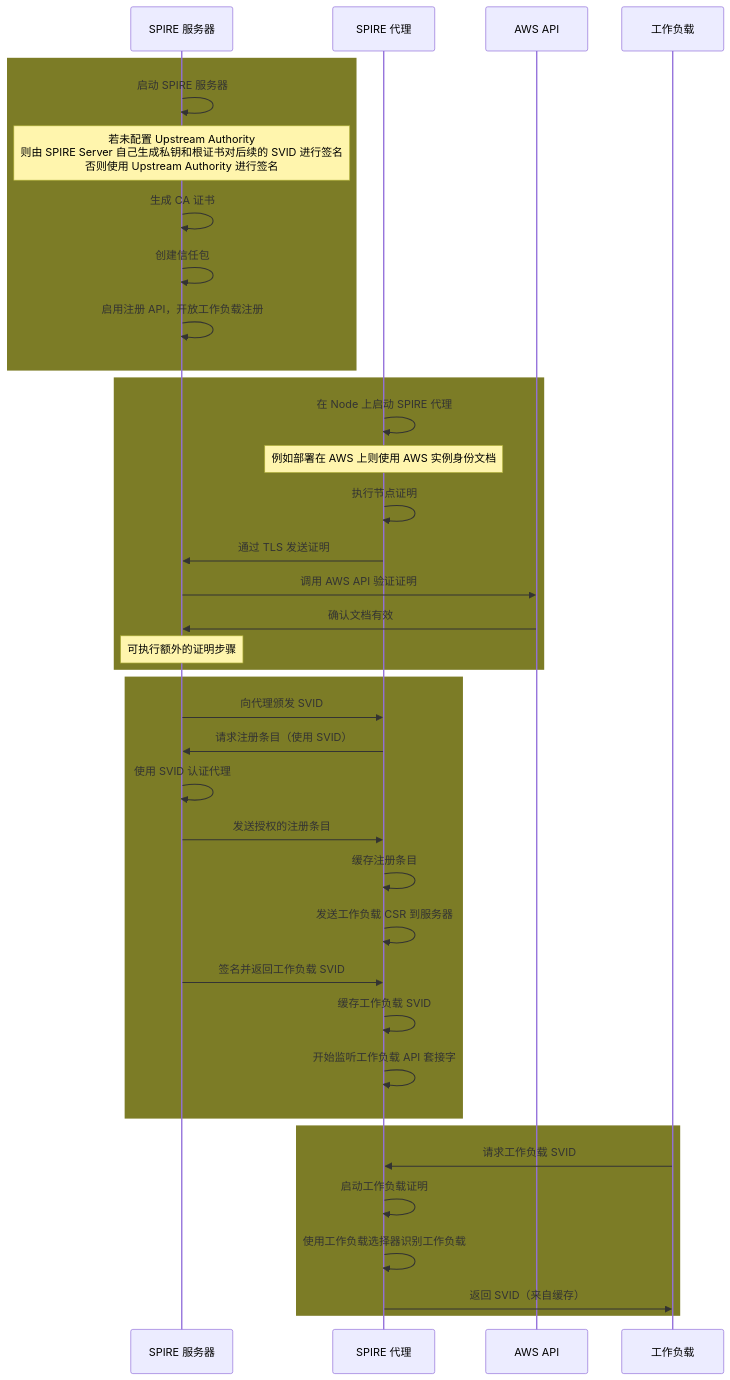
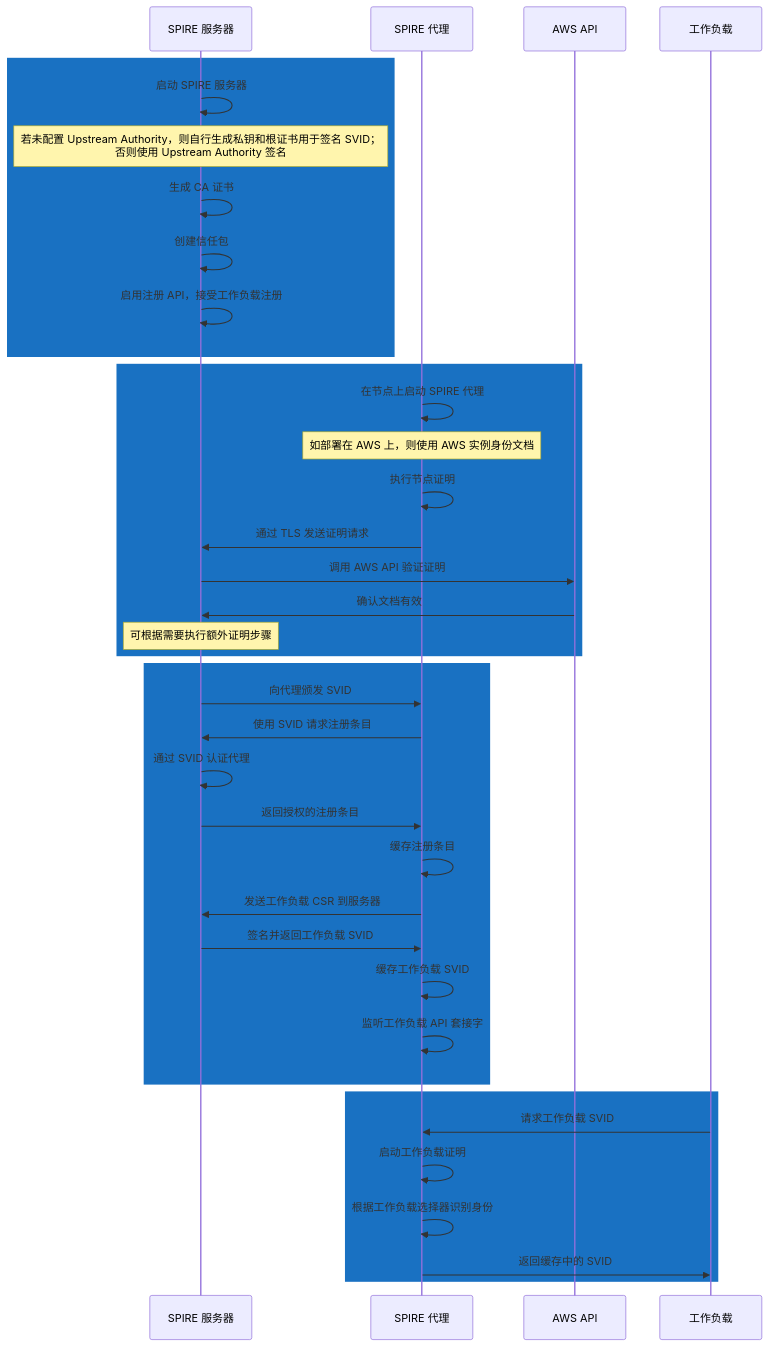
One commit to heliannuuthus/heliannuuthus.github.io changed the diagram in blog/2025-01/spiffe.mdx. Above: the diagram before and after it, drawn with Mermaid. The commit also changed other lines of this file and 2 other files, not shown here.

````diff
--- a/blog/2025-01/spiffe.mdx
+++ b/blog/2025-01/spiffe.mdx
@@ -277,45 +280,45 @@
 ```mermaid
 sequenceDiagram
     participant SS as SPIRE 服务器
     participant SA as SPIRE 代理
     participant AA as AWS API
     participant Workload as 工作负载
 
-    rect rgb(124, 124, 38)
-    SS->>SS: 启动 SPIRE 服务器
-    note over SS: 若未配置 Upstream Authority<br>则由 SPIRE Server 自己生成私钥和根证书对后续的 SVID 进行签名<br>否则使用 Upstream Authority 进行签名
-    SS->>SS: 生成 CA 证书
-    SS->>SS: 创建信任包
-    SS->>SS: 启用注册 API，开放工作负载注册
+    rect rgb(25, 113, 194)
+        SS->>SS: 启动 SPIRE 服务器
+        note over SS: 若未配置 Upstream Authority，则自行生成私钥和根证书用于签名 SVID；<br>否则使用 Upstream Authority 签名
+        SS->>SS: 生成 CA 证书
+        SS->>SS: 创建信任包
+        SS->>SS: 启用注册 API，接受工作负载注册
     end
 
-    rect rgb(124, 124, 38)
-    SA->>SA: 在 Node 上启动 SPIRE 代理
-    note over SA: 例如部署在 AWS 上则使用 AWS 实例身份文档
-    SA->>SA: 执行节点证明
-    SA->>SS: 通过 TLS 发送证明
-    SS->>AA: 调用 AWS API 验证证明
-    AA->>SS: 确认文档有效
-    note over SS: 可执行额外的证明步骤
+    rect rgb(25, 113, 194)
+        SA->>SA: 在节点上启动 SPIRE 代理
+        note over SA: 如部署在 AWS 上，则使用 AWS 实例身份文档
+        SA->>SA: 执行节点证明
+        SA->>SS: 通过 TLS 发送证明请求
+        SS->>AA: 调用 AWS API 验证证明
+        AA->>SS: 确认文档有效
+        note over SS: 可根据需要执行额外证明步骤
     end
 
-    rect rgb(124, 124, 38)
-    SS->>SA: 向代理颁发 SVID
-    SA->>SS: 请求注册条目（使用 SVID）
-    SS->>SS: 使用 SVID 认证代理
-    SS->>SA: 发送授权的注册条目
-    SA->>SA: 缓存注册条目
-    SA->>SA: 发送工作负载 CSR 到服务器
-    SS->>SA: 签名并返回工作负载 SVID
-    SA->>SA: 缓存工作负载 SVID
-    SA->>SA: 开始监听工作负载 API 套接字
+    rect rgb(25, 113, 194)
+        SS->>SA: 向代理颁发 SVID
+        SA->>SS: 使用 SVID 请求注册条目
+        SS->>SS: 通过 SVID 认证代理
+        SS->>SA: 返回授权的注册条目
+        SA->>SA: 缓存注册条目
+        SA->>SS: 发送工作负载 CSR 到服务器
+        SS->>SA: 签名并返回工作负载 SVID
+        SA->>SA: 缓存工作负载 SVID
+        SA->>SA: 监听工作负载 API 套接字
     end
 
-    rect rgb(124, 124, 38)
-    Workload->>SA: 请求工作负载 SVID
-    SA->>SA: 启动工作负载证明
-    SA->>SA: 使用工作负载选择器识别工作负载
-    SA->>Workload: 返回 SVID（来自缓存）
+    rect rgb(25, 113, 194)
+        Workload->>SA: 请求工作负载 SVID
+        SA->>SA: 启动工作负载证明
+        SA->>SA: 根据工作负载选择器识别身份
+        SA->>Workload: 返回缓存中的 SVID
     end
 
 ```
````
